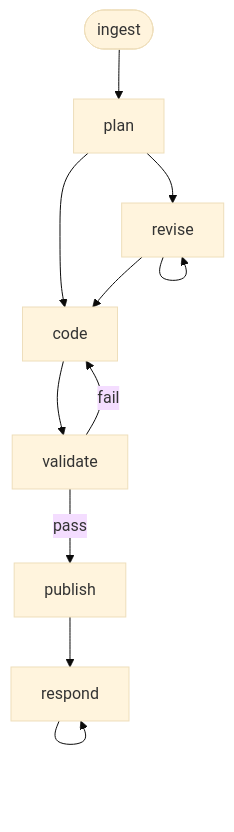
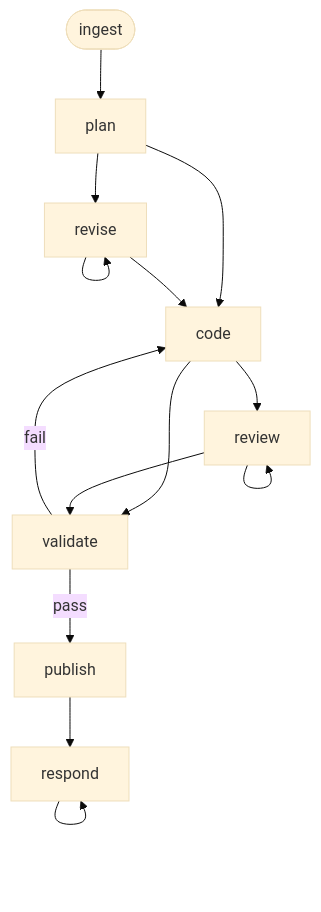
Before and after one commit to flightctl/ai-workflows: the diagram in implement/README.md, drawn with Mermaid (base theme). The commit also changed other lines of this file and 14 other files, not shown here.

````diff
--- a/implement/README.md
+++ b/implement/README.md
@@ -7,13 +7,16 @@
 ```mermaid
 graph TD
     ingest([ingest]) --> plan
     plan --> revise
     revise --> revise
     plan --> code
     revise --> code
+    code --> review
+    review --> review
     code --> validate
+    review --> validate
     validate -->|pass| publish
     validate -->|fail| code
     publish --> respond
     respond --> respond
 ```
````
